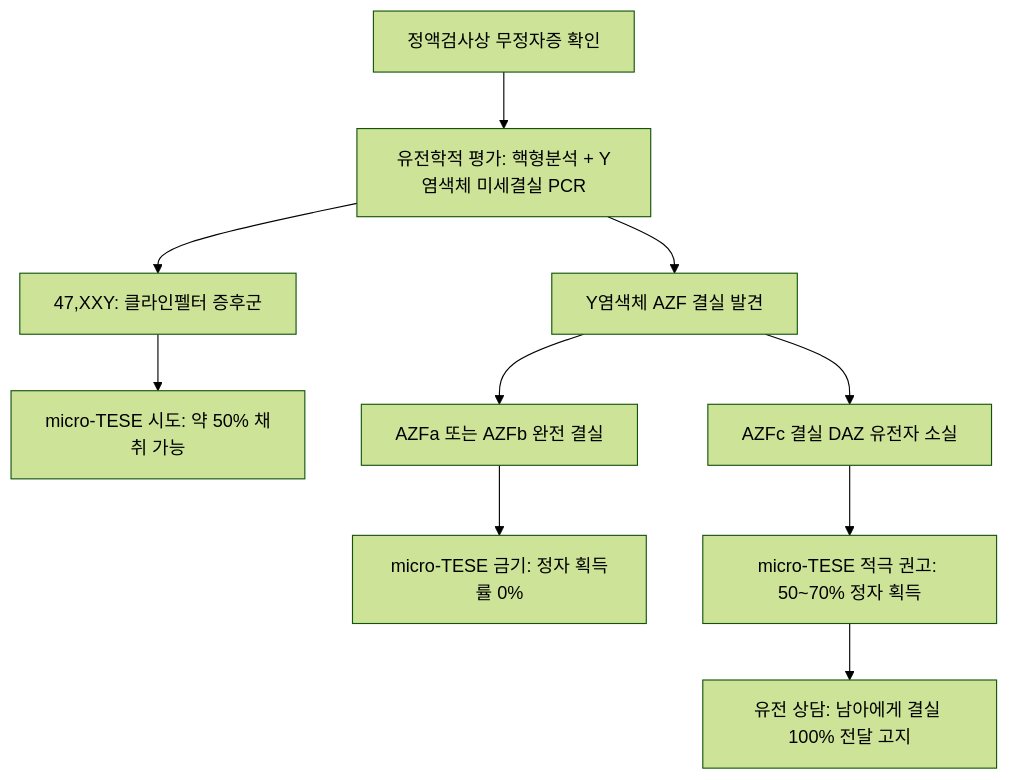
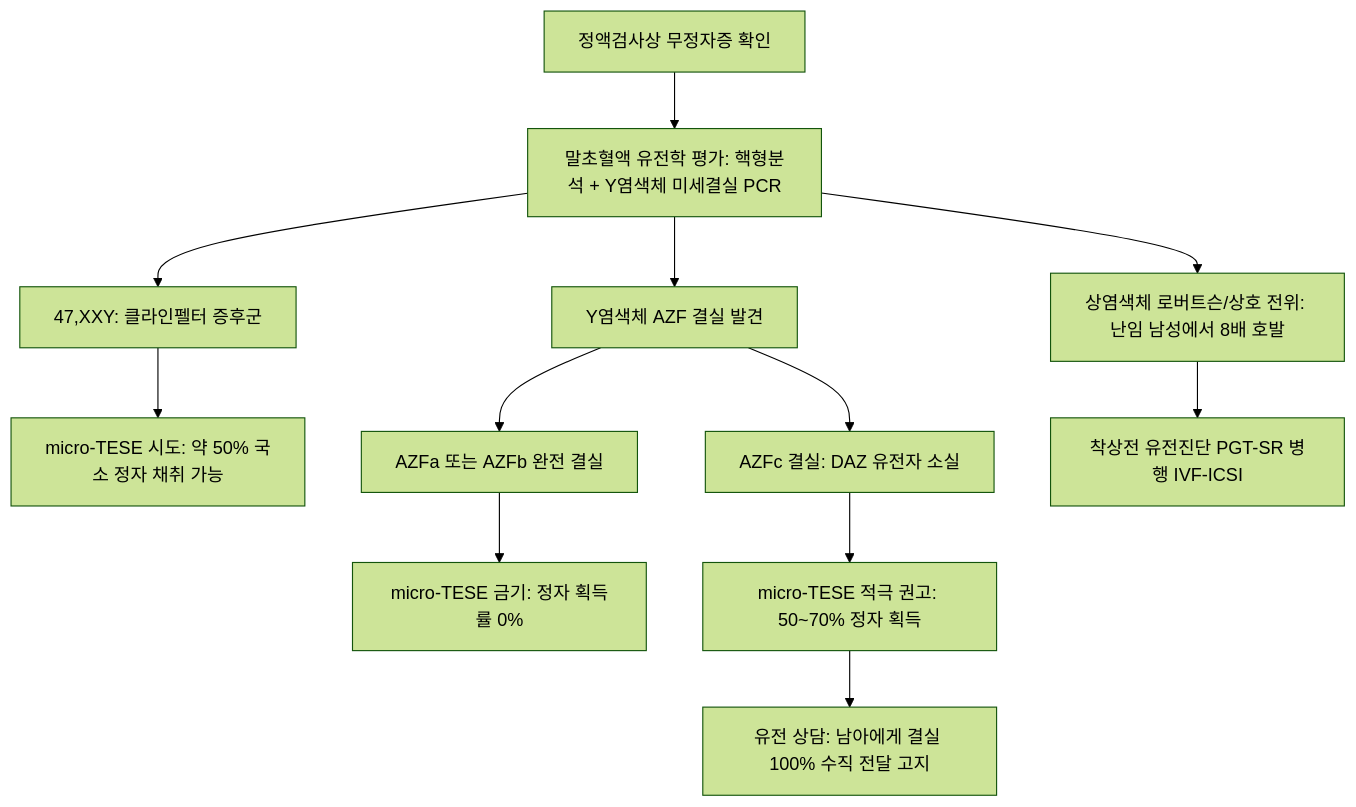
Before and after one commit to simbio11/simbio-digital-garden2: the diagram in content/5. 독서, 노트/독서/네터해부학/Vol1_생식기계/Day05_정자_사정_생리_불임학.md, drawn with Mermaid (forest theme). The commit also changed other lines of this file and 7 other files, not shown here.

````diff
--- a/content/5. 독서, 노트/독서/네터해부학/Vol1_생식기계/Day05_정자_사정_생리_불임학.md
+++ b/content/5. 독서, 노트/독서/네터해부학/Vol1_생식기계/Day05_정자_사정_생리_불임학.md
@@ -124,14 +187,17 @@
 ```mermaid
 graph TD
- Azoo[정액검사상 무정자증 확인] --> GenTest[유전학적 평가: 핵형분석 + Y염색체 미세결실 PCR]
- GenTest --> 47XXY[47,XXY: 클라인펠터 증후군]
- 47XXY --> TESE_Try[micro-TESE 시도: 약 50% 채취 가능]
+ Azoo[정액검사상 무정자증 확인] --> Karyo[말초혈액 유전학 평가: 핵형분석 + Y염색체 미세결실 PCR]
+ Karyo --> 47XXY[47,XXY: 클라인펠터 증후군]
+ 47XXY --> TESE_Try[micro-TESE 시도: 약 50% 국소 정자 채취 가능]
  
- GenTest --> Ydel[Y염색체 AZF 결실 발견]
+ Karyo --> Ydel[Y염색체 AZF 결실 발견]
  Ydel --> AZFa[AZFa 또는 AZFb 완전 결실]
  AZFa --> NoSperm[micro-TESE 금기: 정자 획득률 0%]
  
- Ydel --> AZFc[AZFc 결실 DAZ 유전자 소실]
+ Ydel --> AZFc[AZFc 결실: DAZ 유전자 소실]
  AZFc --> HighYield[micro-TESE 적극 권고: 50~70% 정자 획득]
- HighYield --> Counsel[유전 상담: 남아에게 결실 100% 전달 고지]
+ HighYield --> Counsel[유전 상담: 남아에게 결실 100% 수직 전달 고지]
+
+ Karyo --> AutoTrans[상염색체 로버트슨/상호 전위: 난임 남성에서 8배 호발]
+ AutoTrans --> PGT[착상전 유전진단 PGT-SR 병행 IVF-ICSI]
 ```
````
